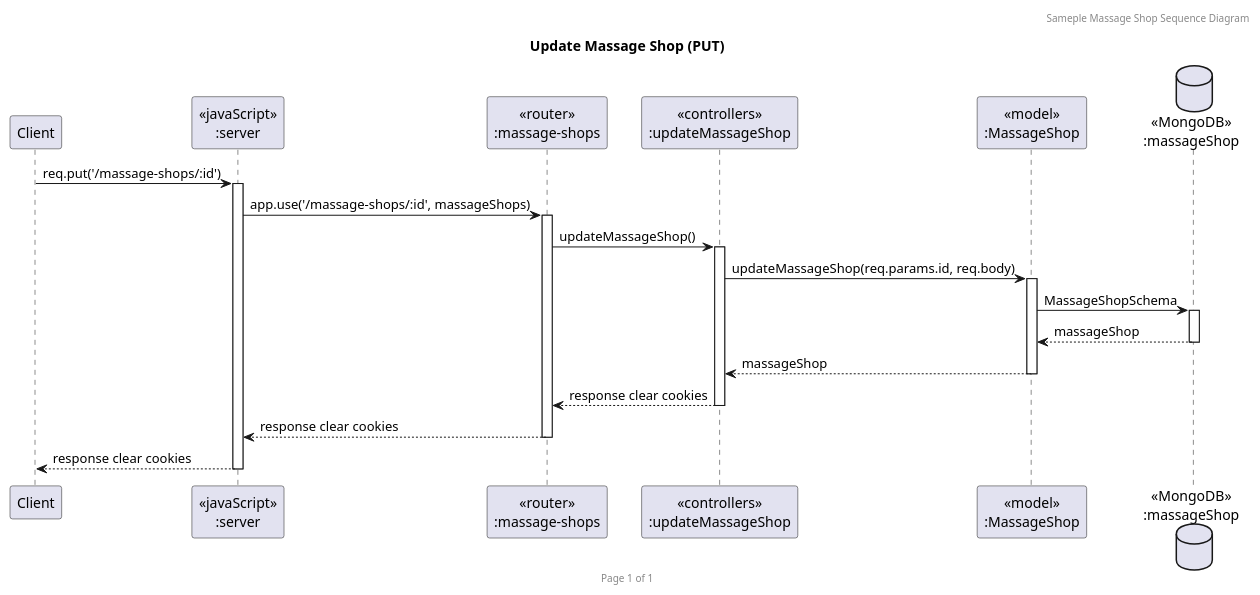
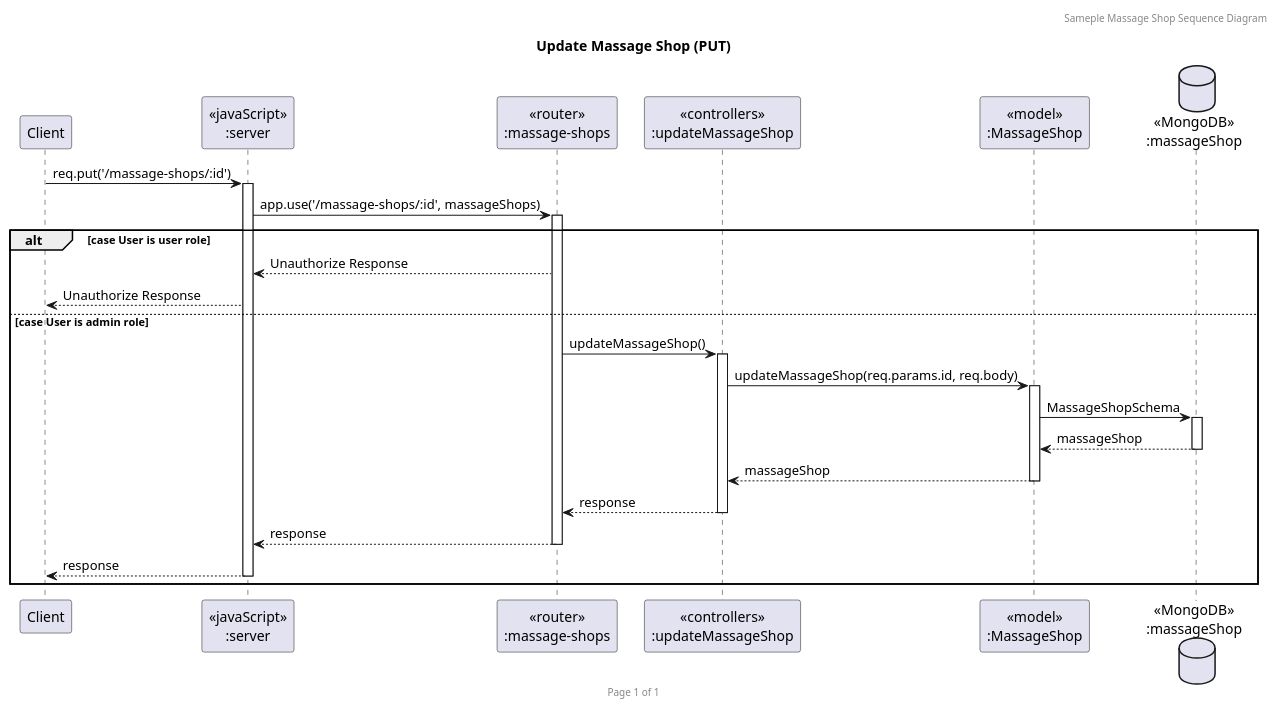
One commit to BabeTanya/massage-catherine changed the diagram in sequence_diagram/MassageSequence_update_massage_shop.puml. Above: the diagram before and after it, drawn with PlantUML. The commit also changed 2 other files, not shown here.

Commit message:
Fix sequence diagram, separate case for admin and user

```diff
--- a/sequence_diagram/MassageSequence_update_massage_shop.puml
+++ b/sequence_diagram/MassageSequence_update_massage_shop.puml
@@ -1,25 +1,30 @@
 @startuml Update Massage Shop (PUT)
 
 header Sameple Massage Shop Sequence Diagram
 footer Page %page% of %lastpage%
 title "Update Massage Shop (PUT)"
 
 participant "Client" as client
 participant "<<javaScript>>\n:server" as server
 participant "<<router>>\n:massage-shops" as routerMassageShop
 participant "<<controllers>>\n:updateMassageShop" as controllersUpdateMassageShop
 participant "<<model>>\n:MassageShop" as modelMassageShop
 database "<<MongoDB>>\n:massageShop" as MassageShopDatabase
 
 client->server ++:req.put('/massage-shops/:id')
 server->routerMassageShop ++:app.use('/massage-shops/:id', massageShops)
+alt case User is user role
+server<--routerMassageShop: Unauthorize Response
+client <-- server: Unauthorize Response
+else case User is admin role
 routerMassageShop -> controllersUpdateMassageShop ++:updateMassageShop()
 controllersUpdateMassageShop->modelMassageShop ++:updateMassageShop(req.params.id, req.body)
 modelMassageShop ->MassageShopDatabase ++: MassageShopSchema
 MassageShopDatabase --> modelMassageShop --: massageShop
 controllersUpdateMassageShop <-- modelMassageShop --:massageShop
-routerMassageShop <-- controllersUpdateMassageShop --:response clear cookies
-server <-- routerMassageShop --:response clear cookies
-client <-- server --:response clear cookies
+routerMassageShop <-- controllersUpdateMassageShop --:response
+server <-- routerMassageShop --:response
+client <-- server --:response
+end
 
 @enduml
```
